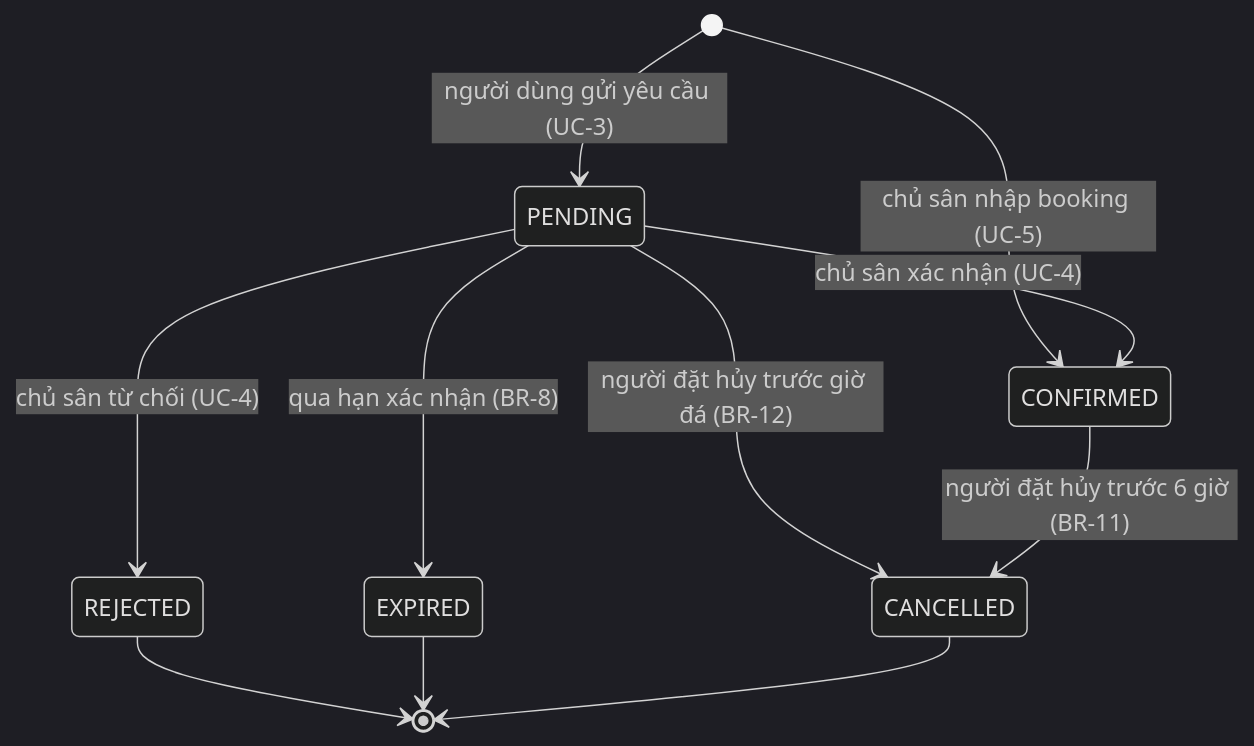
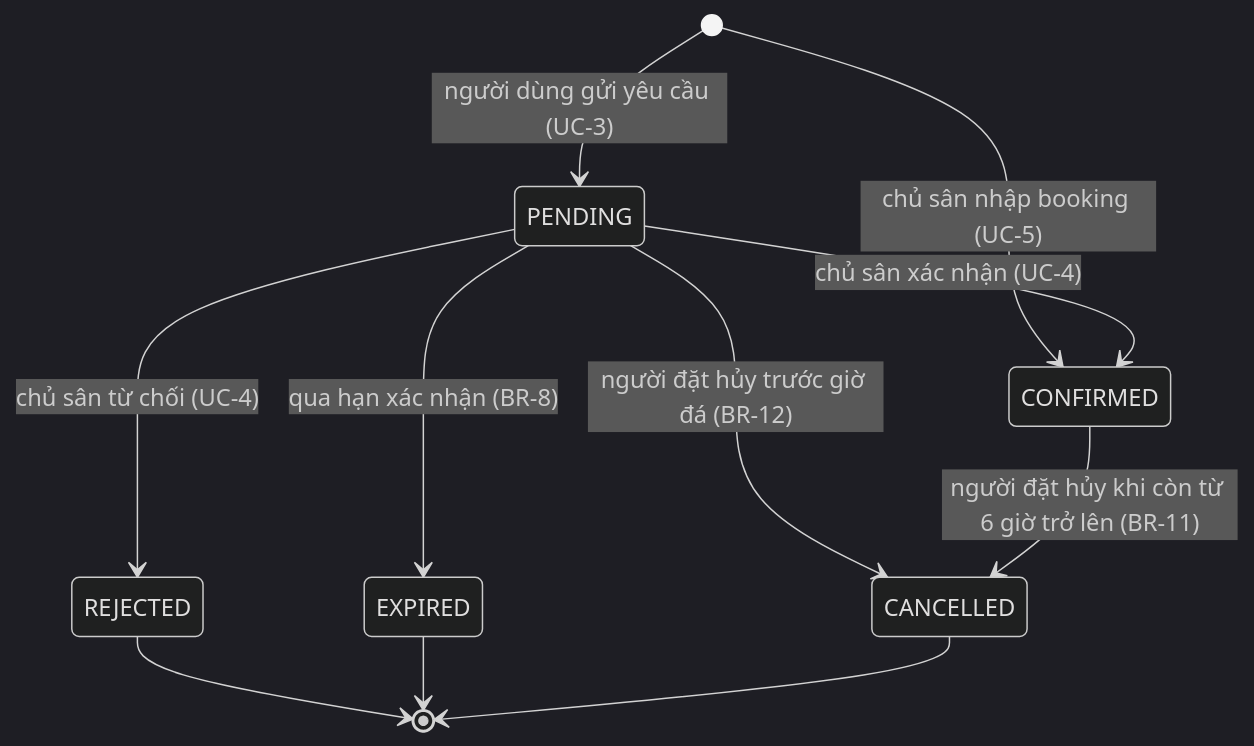
One commit to Tlerd/MON-Sport changed the seventh of 9 diagrams in docs/requirements/models.md. Above: the diagram before and after it, drawn with Mermaid (dark theme). The commit also changed other lines of this file, not shown here.

````diff
--- a/docs/requirements/models.md
+++ b/docs/requirements/models.md
@@ -195,13 +232,13 @@
 ```mermaid
 stateDiagram-v2
     [*] --> PENDING : người dùng gửi yêu cầu (UC-3)
     [*] --> CONFIRMED : chủ sân nhập booking (UC-5)
     PENDING --> CONFIRMED : chủ sân xác nhận (UC-4)
     PENDING --> REJECTED : chủ sân từ chối (UC-4)
     PENDING --> EXPIRED : qua hạn xác nhận (BR-8)
     PENDING --> CANCELLED : người đặt hủy trước giờ đá (BR-12)
-    CONFIRMED --> CANCELLED : người đặt hủy trước 6 giờ (BR-11)
+    CONFIRMED --> CANCELLED : người đặt hủy khi còn từ 6 giờ trở lên (BR-11)
     REJECTED --> [*]
     EXPIRED --> [*]
     CANCELLED --> [*]
 ```
````
